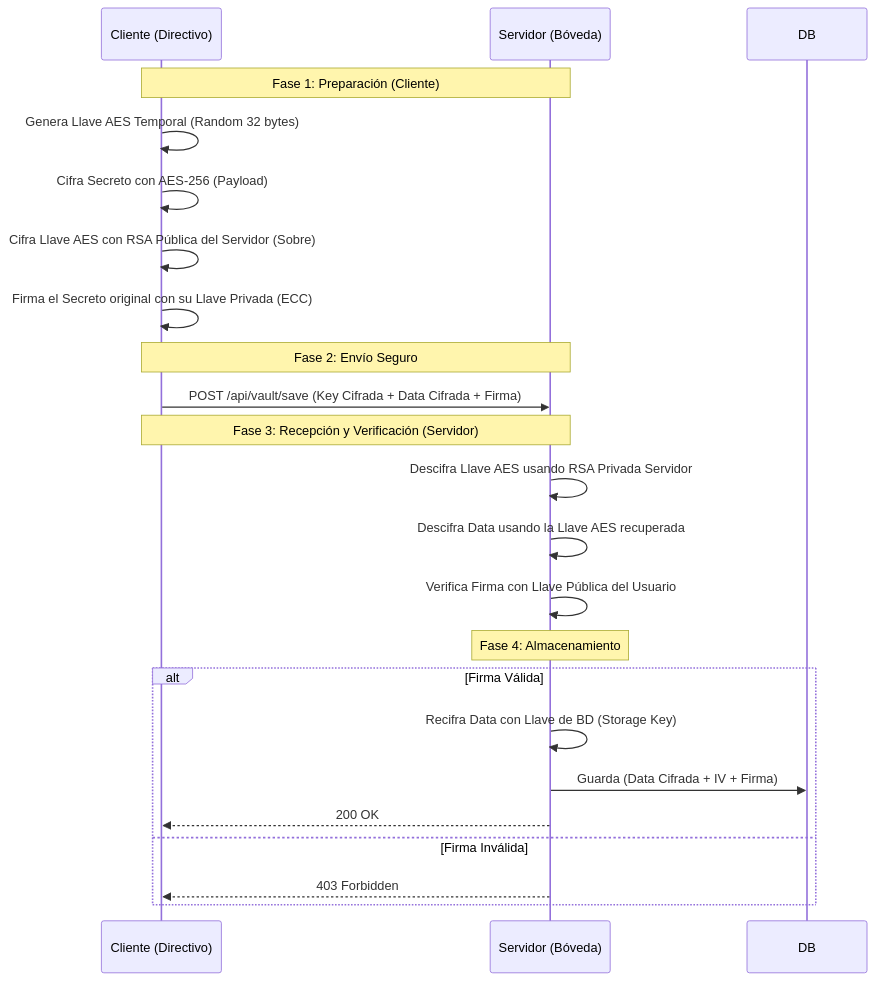
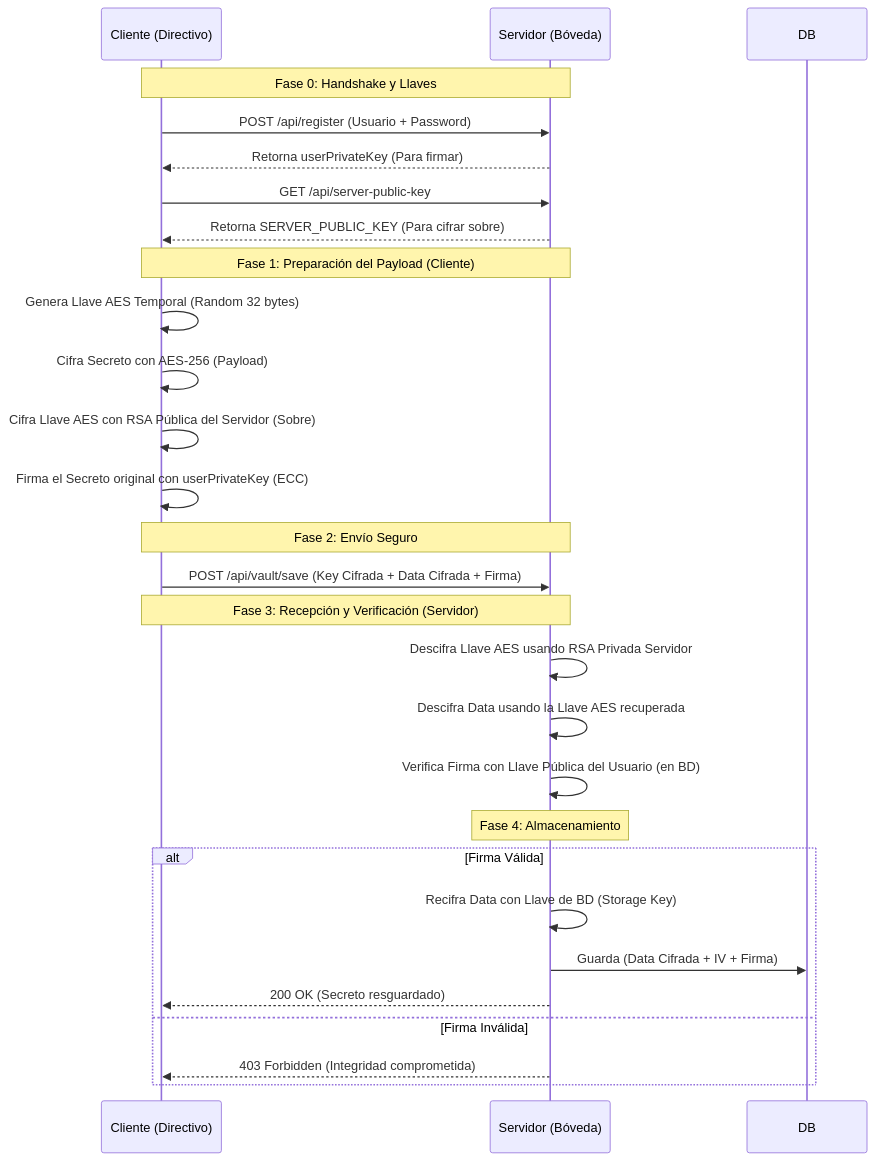
Before and after one commit to IrvingYael05/Boveda-Secreta: the diagram in README.md, drawn with Mermaid.

Commit message:
Actualizar diagrama de secuencia en README.md para reflejar el flujo de registro y verificación de claves en el sistema de mensajería

````diff
--- a/README.md
+++ b/README.md
@@ -70,28 +70,34 @@
 ```mermaid
 sequenceDiagram
     participant C as Cliente (Directivo)
     participant S as Servidor (Bóveda)
-    
-    Note over C,S: Fase 1: Preparación (Cliente)
+
+    Note over C,S: Fase 0: Handshake y Llaves
+    C->>S: POST /api/register (Usuario + Password)
+    S-->>C: Retorna userPrivateKey (Para firmar)
+    C->>S: GET /api/server-public-key
+    S-->>C: Retorna SERVER_PUBLIC_KEY (Para cifrar sobre)
+
+    Note over C,S: Fase 1: Preparación del Payload (Cliente)
     C->>C: Genera Llave AES Temporal (Random 32 bytes)
     C->>C: Cifra Secreto con AES-256 (Payload)
     C->>C: Cifra Llave AES con RSA Pública del Servidor (Sobre)
-    C->>C: Firma el Secreto original con su Llave Privada (ECC)
+    C->>C: Firma el Secreto original con userPrivateKey (ECC)
     
     Note over C,S: Fase 2: Envío Seguro
     C->>S: POST /api/vault/save (Key Cifrada + Data Cifrada + Firma)
     
     Note over C,S: Fase 3: Recepción y Verificación (Servidor)
     S->>S: Descifra Llave AES usando RSA Privada Servidor
     S->>S: Descifra Data usando la Llave AES recuperada
-    S->>S: Verifica Firma con Llave Pública del Usuario
+    S->>S: Verifica Firma con Llave Pública del Usuario (en BD)
     
     Note over S: Fase 4: Almacenamiento
     alt Firma Válida
         S->>S: Recifra Data con Llave de BD (Storage Key)
         S->>DB: Guarda (Data Cifrada + IV + Firma)
-        S-->>C: 200 OK
+        S-->>C: 200 OK (Secreto resguardado)
     else Firma Inválida
-        S-->>C: 403 Forbidden
+        S-->>C: 403 Forbidden (Integridad comprometida)
     end
 ```
````
